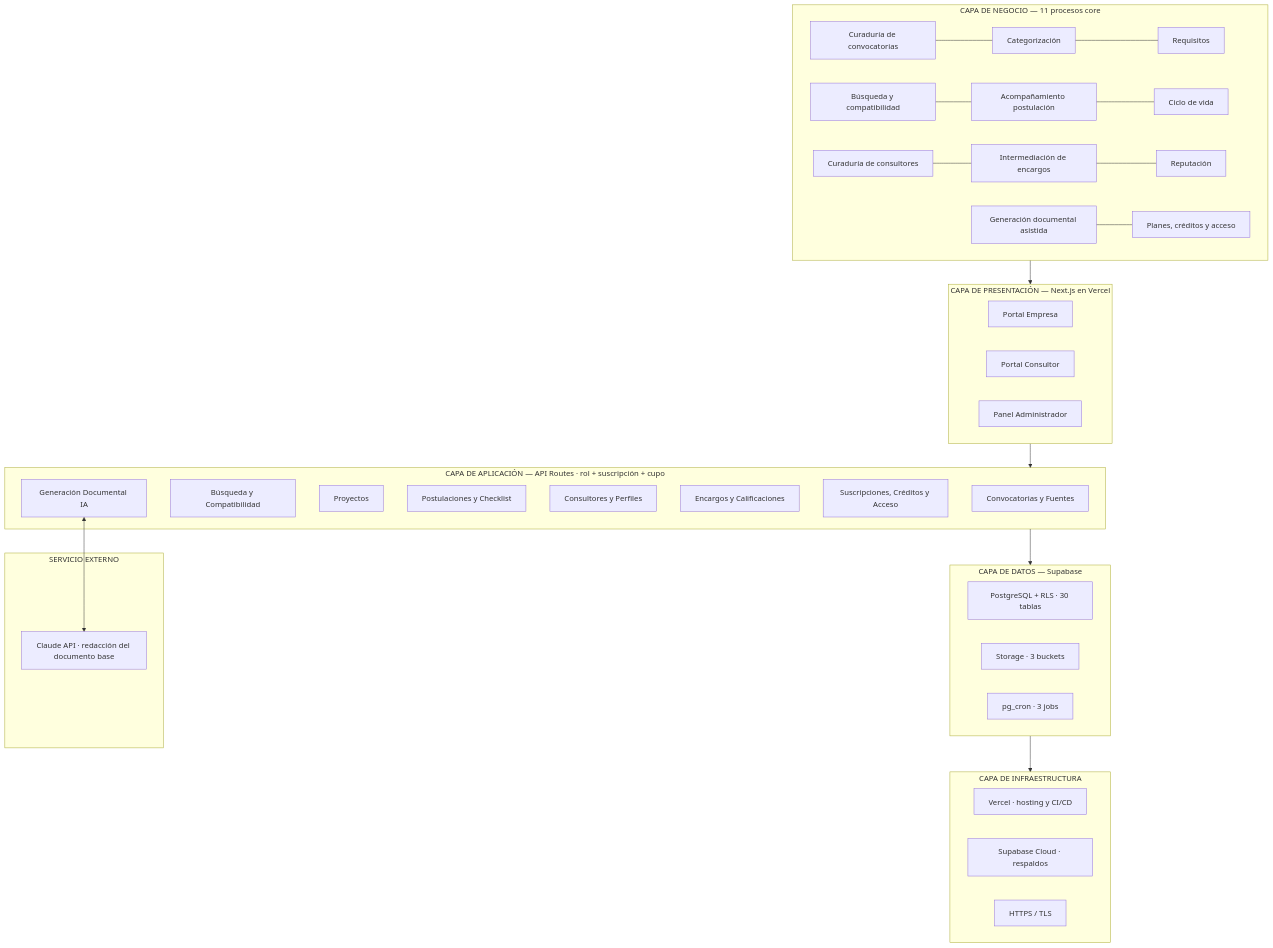
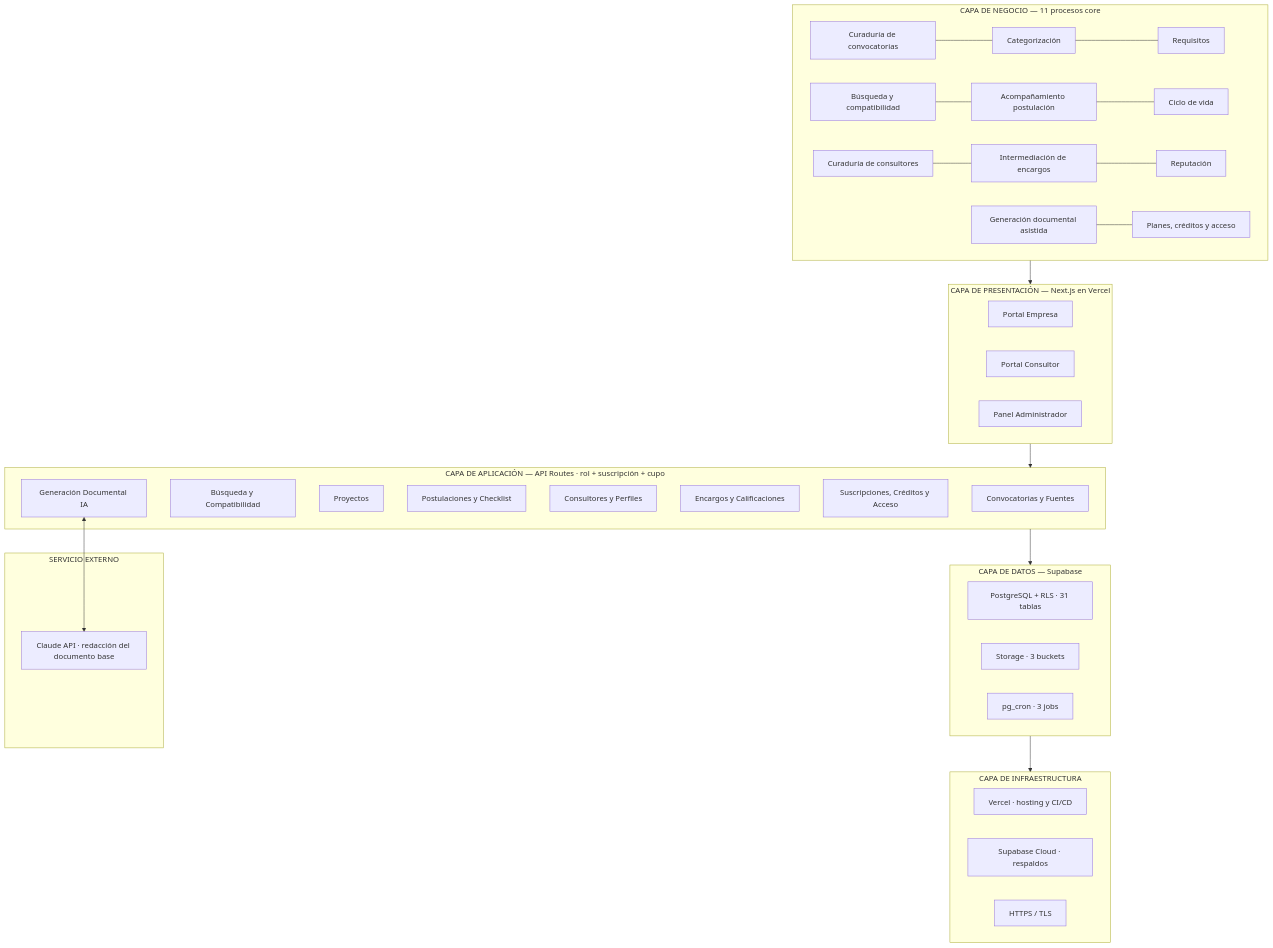
The diagram in docs/04-arquitectura.md (danielangeline/Convocatorias), drawn with Mermaid before and after one commit. The commit also changed other lines of this file and 35 other files, not shown here.

````diff
--- a/docs/04-arquitectura.md
+++ b/docs/04-arquitectura.md
@@ -12,39 +12,39 @@
 ```mermaid
 flowchart TB
     subgraph NEGOCIO["CAPA DE NEGOCIO — 11 procesos core"]
         P1["Curaduría de convocatorias"] --- P2["Categorización"] --- P3["Requisitos"]
         P4["Búsqueda y compatibilidad"] --- P5["Acompañamiento postulación"] --- P6["Ciclo de vida"]
         P7["Curaduría de consultores"] --- P8["Intermediación de encargos"] --- P9["Reputación"]
         P10["Generación documental asistida"] --- P11["Planes, créditos y acceso"]
     end
     subgraph PRESENTACION["CAPA DE PRESENTACIÓN — Next.js en Vercel"]
         PU["Portal Empresa"]
         PC["Portal Consultor"]
         PA["Panel Administrador"]
     end
     subgraph APLICACION["CAPA DE APLICACIÓN — API Routes · rol + suscripción + cupo"]
         S1["Convocatorias y Fuentes"]
         S2["Búsqueda y Compatibilidad"]
         S3["Proyectos"]
         S4["Postulaciones y Checklist"]
         S5["Consultores y Perfiles"]
         S6["Encargos y Calificaciones"]
         S7["Suscripciones, Créditos y Acceso"]
         S8["Generación Documental IA"]
     end
     subgraph IA["SERVICIO EXTERNO"]
         CL["Claude API · redacción del documento base"]
     end
     subgraph DATOS["CAPA DE DATOS — Supabase"]
-        DB["PostgreSQL + RLS · 30 tablas"]
+        DB["PostgreSQL + RLS · 31 tablas"]
         ST["Storage · 3 buckets"]
         CR["pg_cron · 3 jobs"]
     end
     subgraph INFRA["CAPA DE INFRAESTRUCTURA"]
         V["Vercel · hosting y CI/CD"]
         SC["Supabase Cloud · respaldos"]
         TLS["HTTPS / TLS"]
     end
     NEGOCIO --> PRESENTACION --> APLICACION --> DATOS --> INFRA
     S8 <--> CL
 ```
````
